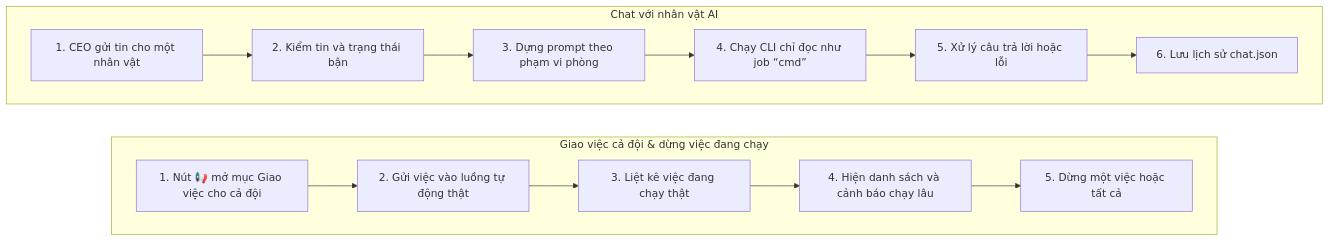
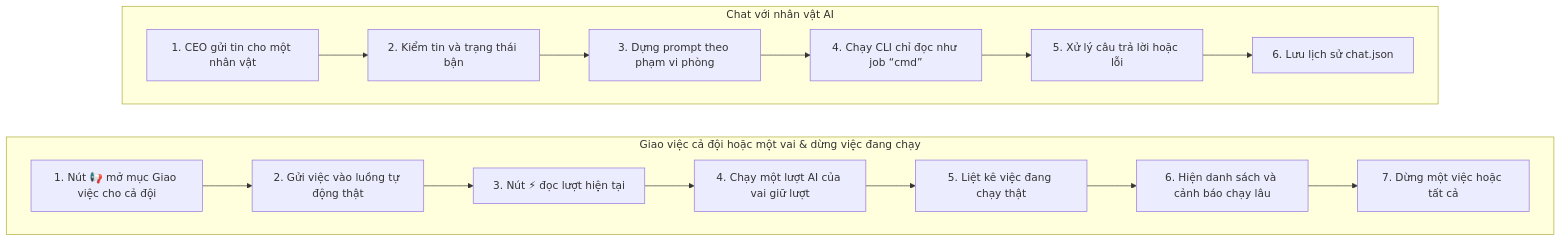
One commit to Thequancute215-sys/V-n-ph-ng-ch-nh-ph- changed the fifth of 10 diagrams in docs/BAN-DO-HE-THONG.md. Above: the diagram before and after it, drawn with Mermaid. The commit also changed other lines of this file and 6 other files, not shown here.

First line of the commit message:
Nút ⚡ "Phân việc ngoài lề" giả → chạy một lượt AI thật cho vai giữ lượt

````diff
--- a/docs/BAN-DO-HE-THONG.md
+++ b/docs/BAN-DO-HE-THONG.md
@@ -443,30 +443,34 @@
 ```mermaid
 flowchart TD
   subgraph flow_chat_nhan_vat["Chat với nhân vật AI"]
     direction LR
     step_chat_nhan_vat_gui_tin["1. CEO gửi tin cho một nhân vật"]
     step_chat_nhan_vat_kiem_tin["2. Kiểm tin và trạng thái bận"]
     step_chat_nhan_vat_dung_prompt["3. Dựng prompt theo phạm vi phòng"]
     step_chat_nhan_vat_chay_cli["4. Chạy CLI chỉ đọc như job “cmd”"]
     step_chat_nhan_vat_xu_ly_tra_loi["5. Xử lý câu trả lời hoặc lỗi"]
     step_chat_nhan_vat_luu_lich_su["6. Lưu lịch sử chat.json"]
     step_chat_nhan_vat_gui_tin --> step_chat_nhan_vat_kiem_tin
     step_chat_nhan_vat_kiem_tin --> step_chat_nhan_vat_dung_prompt
     step_chat_nhan_vat_dung_prompt --> step_chat_nhan_vat_chay_cli
     step_chat_nhan_vat_chay_cli --> step_chat_nhan_vat_xu_ly_tra_loi
     step_chat_nhan_vat_xu_ly_tra_loi --> step_chat_nhan_vat_luu_lich_su
   end
-  subgraph flow_giao_viec_ca_doi["Giao việc cả đội & dừng việc đang chạy"]
+  subgraph flow_giao_viec_ca_doi["Giao việc cả đội hoặc một vai & dừng việc đang chạy"]
     direction LR
     step_giao_viec_ca_doi_mo_ban_giao_viec["1. Nút 📢 mở mục Giao việc cho cả đội"]
     step_giao_viec_ca_doi_bat_luong_tu_dong["2. Gửi việc vào luồng tự động thật"]
-    step_giao_viec_ca_doi_liet_ke["3. Liệt kê việc đang chạy thật"]
-    step_giao_viec_ca_doi_hien_canh_bao["4. Hiện danh sách và cảnh báo chạy lâu"]
-    step_giao_viec_ca_doi_dung_viec["5. Dừng một việc hoặc tất cả"]
+    step_giao_viec_ca_doi_mot_vai_doc_luot["3. Nút ⚡ đọc lượt hiện tại"]
+    step_giao_viec_ca_doi_mot_vai_chay["4. Chạy một lượt AI của vai giữ lượt"]
+    step_giao_viec_ca_doi_liet_ke["5. Liệt kê việc đang chạy thật"]
+    step_giao_viec_ca_doi_hien_canh_bao["6. Hiện danh sách và cảnh báo chạy lâu"]
+    step_giao_viec_ca_doi_dung_viec["7. Dừng một việc hoặc tất cả"]
     step_giao_viec_ca_doi_mo_ban_giao_viec --> step_giao_viec_ca_doi_bat_luong_tu_dong
-    step_giao_viec_ca_doi_bat_luong_tu_dong --> step_giao_viec_ca_doi_liet_ke
+    step_giao_viec_ca_doi_bat_luong_tu_dong --> step_giao_viec_ca_doi_mot_vai_doc_luot
+    step_giao_viec_ca_doi_mot_vai_doc_luot --> step_giao_viec_ca_doi_mot_vai_chay
+    step_giao_viec_ca_doi_mot_vai_chay --> step_giao_viec_ca_doi_liet_ke
     step_giao_viec_ca_doi_liet_ke --> step_giao_viec_ca_doi_hien_canh_bao
     step_giao_viec_ca_doi_hien_canh_bao --> step_giao_viec_ca_doi_dung_viec
   end
   flow_chat_nhan_vat ~~~ flow_giao_viec_ca_doi
 ```
````
